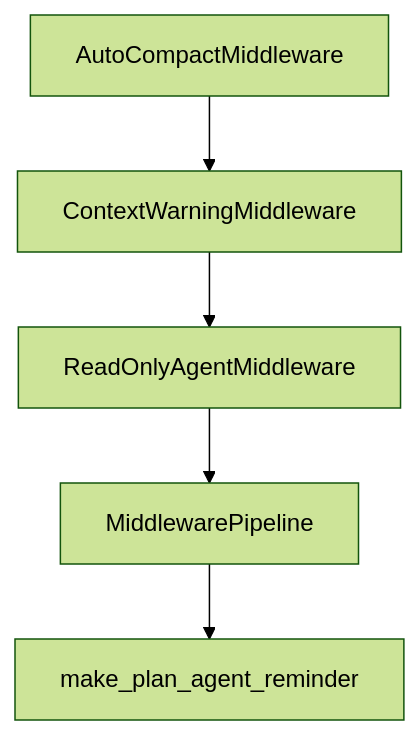
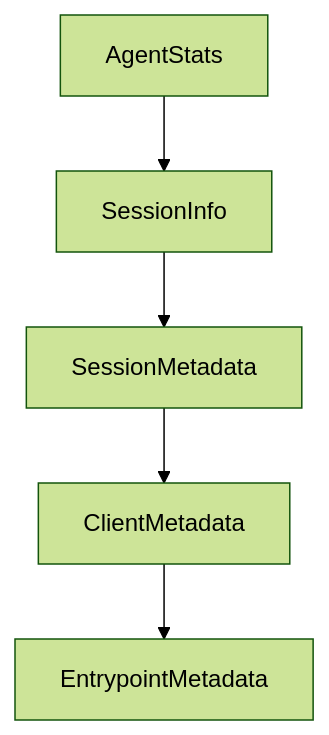
The diagram in tutorials/mistral-vibe-tutorial/03-tooling-and-approval-workflow.md (johnxie/awesome-code-docs), drawn with Mermaid (forest theme) before and after one commit. The commit also changed other lines of this file and 1232 other files, not shown here.

````diff
--- a/tutorials/mistral-vibe-tutorial/03-tooling-and-approval-workflow.md
+++ b/tutorials/mistral-vibe-tutorial/03-tooling-and-approval-workflow.md
@@ -210,12 +208,12 @@
 ```mermaid
 flowchart TD
-    A[AutoCompactMiddleware]
-    B[ContextWarningMiddleware]
-    C[ReadOnlyAgentMiddleware]
-    D[MiddlewarePipeline]
-    E[make_plan_agent_reminder]
+    A[AgentStats]
+    B[SessionInfo]
+    C[SessionMetadata]
+    D[ClientMetadata]
+    E[EntrypointMetadata]
     A --> B
     B --> C
     C --> D
     D --> E
 ```
````
